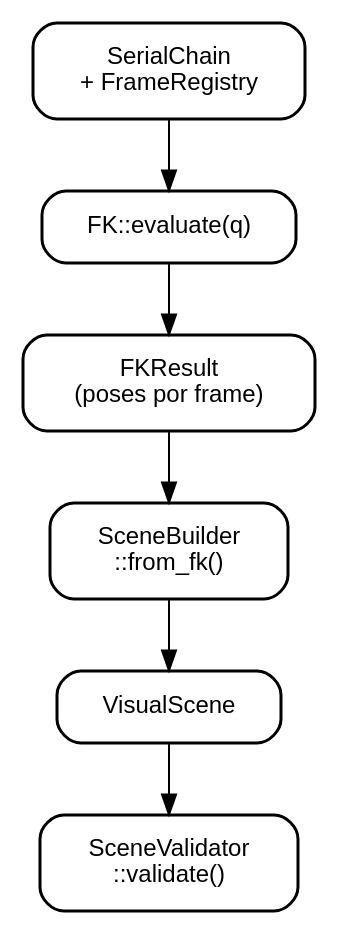
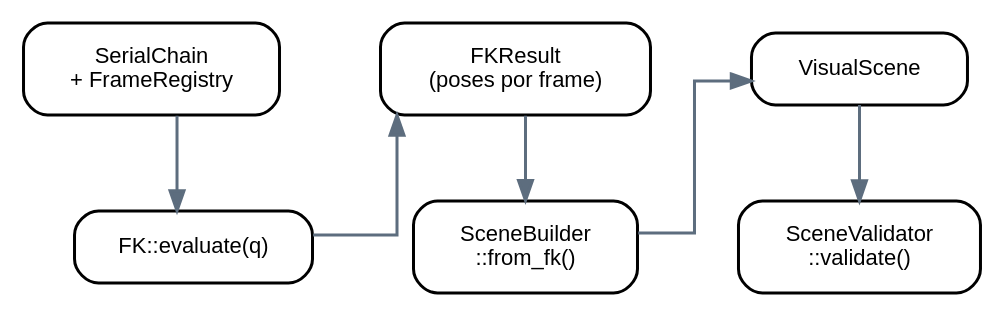
One commit to Void-CA/Thalos changed the second of 2 diagrams in docs/domain.qmd. Above: the diagram before and after it, drawn with Graphviz. The commit also changed 5 other files, not shown here.

Commit message:
refactor(docs): update architecture and flow diagrams for clarity and responsiveness

````diff
--- a/docs/domain.qmd
+++ b/docs/domain.qmd
@@ -233,22 +233,40 @@
 ```{dot}
-//| fig-cap: "Conexión del sistema espacial con FK, visualización y validación"
+//| fig-cap: "Pipeline espacial: FK, visualización y validación"
 //| label: fig-spatial-flow
 digraph spatial_flow {
     rankdir=TB;
     splines=ortho;
-    node [shape=box, style=rounded, penwidth=1.5, fontname="sans-serif", fontsize=12, margin="0.3,0.15"];
-
+    nodesep=0.7;
+    ranksep=0.6;
+    
+    node [shape=box, style="rounded,filled", fillcolor="white", 
+          penwidth=1.5, fontname="sans-serif", fontsize=11, 
+          margin="0.3,0.15", width=1.5];
+    edge [penwidth=1.5, color="#5d6d7e"];
+    
+    // Columna izquierda (3 nodos)
+    { rank=same; chain; fkres; scene; }
+    
+    // Columna derecha (3 nodos)
+    { rank=same; fk; builder; vld; }
+    
     chain   [label="SerialChain\n+ FrameRegistry"];
     fk      [label="FK::evaluate(q)"];
     fkres   [label="FKResult\n(poses por frame)"];
     builder [label="SceneBuilder\n::from_fk()"];
     scene   [label="VisualScene"];
     vld     [label="SceneValidator\n::validate()"];
-
+    
+    // Flujo en zigzag descendente
     chain -> fk;
     fk -> fkres;
     fkres -> builder;
     builder -> scene;
     scene -> vld;
+    
+    // Conexiones invisibles para mantener la cuadrícula
+    edge [style=invis, weight=20];
+    chain -> fkres -> scene;
+    fk -> builder -> vld;
 }
 ```
````
